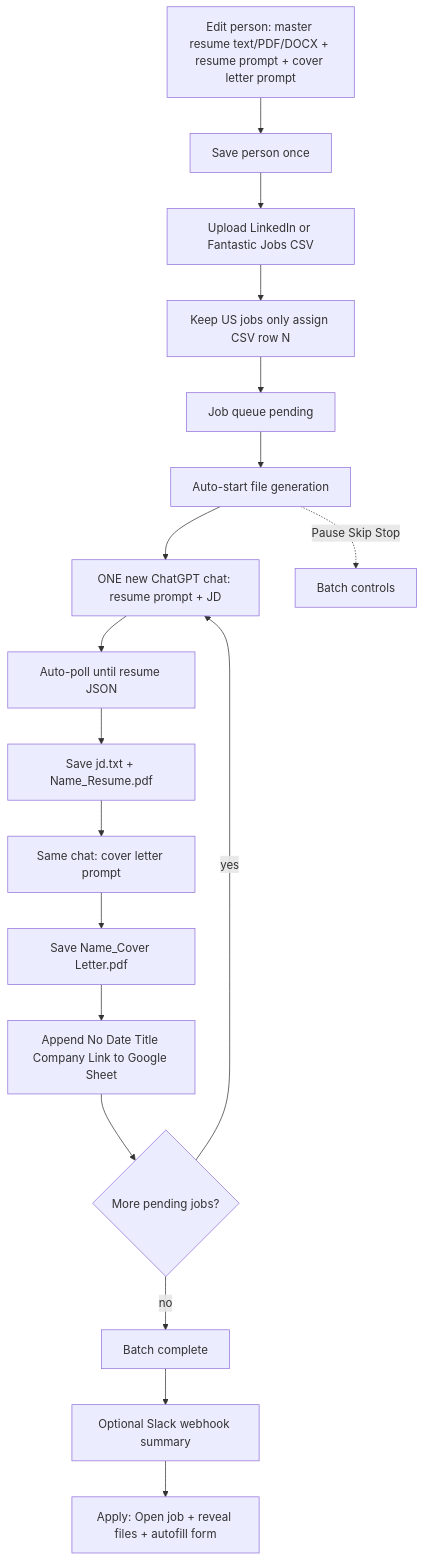
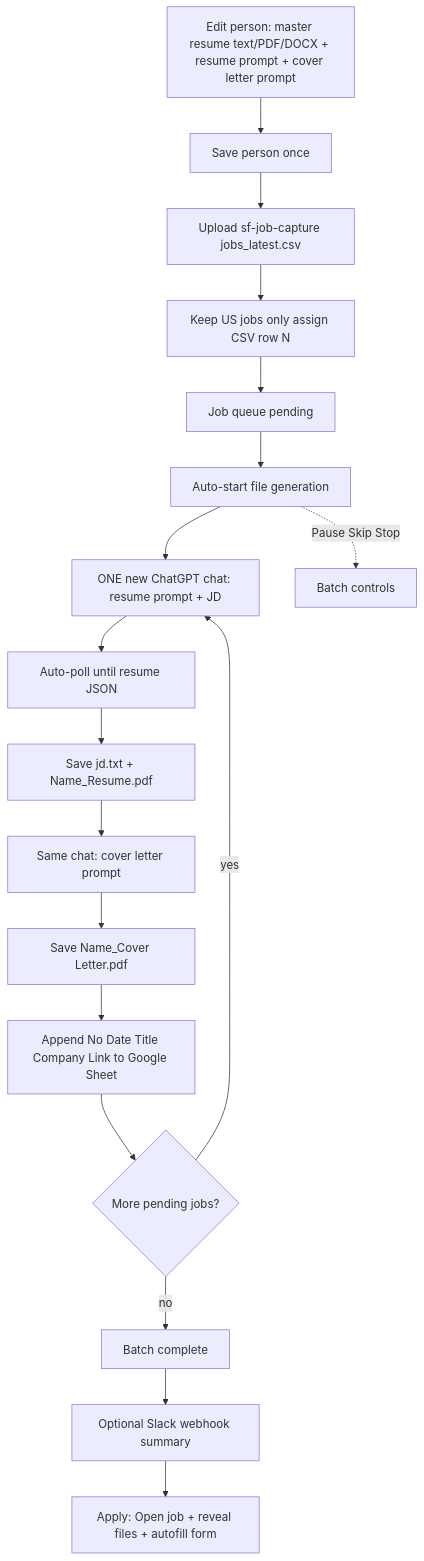
One commit to brightstar-0813/brightstar-bid-bot changed the diagram in README.md. Above: the diagram before and after it, drawn with Mermaid. The commit also changed other lines of this file and 7 other files, not shown here.

````diff
--- a/README.md
+++ b/README.md
@@ -36,20 +36,20 @@
 ```mermaid
 flowchart TD
   setup[Edit person: master resume text/PDF/DOCX + resume prompt + cover letter prompt] --> savePerson[Save person once]
-  savePerson --> uploadCsv[Upload LinkedIn or Fantastic Jobs CSV]
+  savePerson --> uploadCsv[Upload sf-job-capture jobs_latest.csv]
   uploadCsv --> filterUs[Keep US jobs only assign CSV row N]
   filterUs --> queue[Job queue pending]
   queue --> startBatch[Auto-start file generation]
   startBatch --> resumeChat[ONE new ChatGPT chat: resume prompt + JD]
   resumeChat --> pollJson[Auto-poll until resume JSON]
   pollJson --> saveFiles[Save jd.txt + Name_Resume.pdf]
   saveFiles --> clChat[Same chat: cover letter prompt]
   clChat --> saveCl[Save Name_Cover Letter.pdf]
   saveCl --> sheetAppend[Append No Date Title Company Link to Google Sheet]
   sheetAppend --> nextJob{More pending jobs?}
   nextJob -->|yes| resumeChat
   nextJob -->|no| done[Batch complete]
   done --> slackAlert[Optional Slack webhook summary]
   slackAlert --> apply[Apply: Open job + reveal files + autofill form]
   startBatch -.->|Pause Skip Stop| controls[Batch controls]
 ```
````
